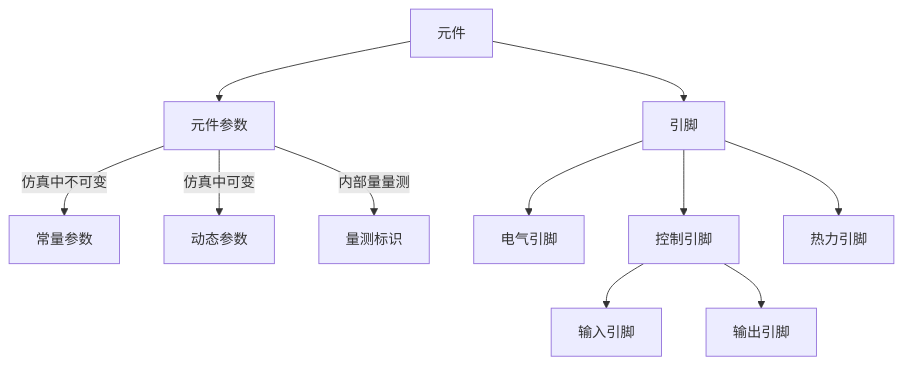
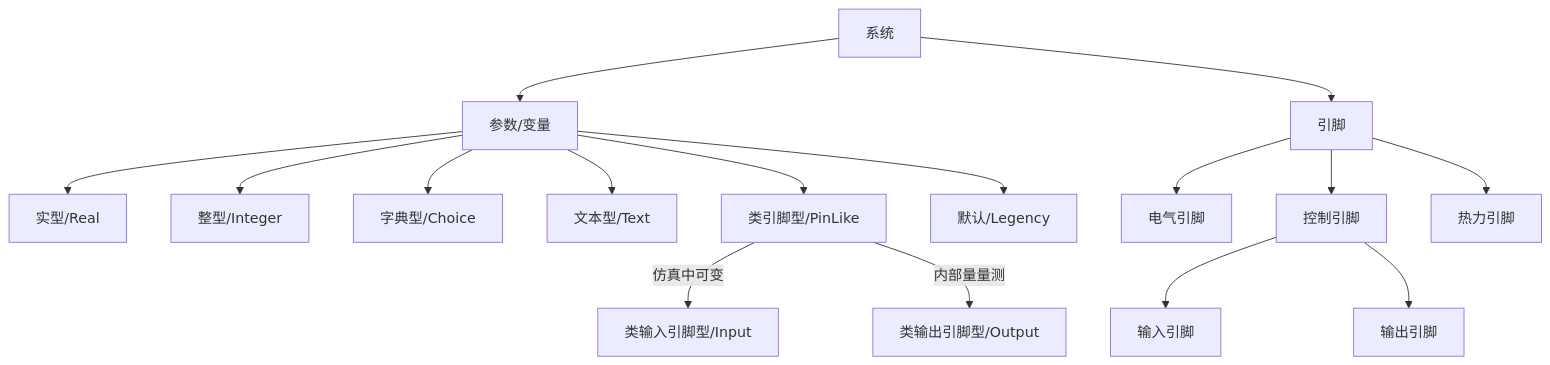
The diagram in source/zh/features/ParameterSystem.md (CloudPSS/docs), drawn with Mermaid before and after one commit. The commit also changed other lines of this file and 123 other files, not shown here.

````diff
--- a/source/zh/features/ParameterSystem.md
+++ b/source/zh/features/ParameterSystem.md
@@ -21,13 +35,18 @@
 ```mermaid
 graph TD
-A[元件] --> B[元件参数]
-A[元件] --> C[引脚]
-B -->|仿真中不可变| D[常量参数]
-B -->|仿真中可变| E[动态参数]
-B -->|内部量量测| F[量测标识]
-C --> G[电气引脚]
-C --> H[控制引脚]
-C --> I[热力引脚]
-H --> J[输入引脚]
-H --> K[输出引脚] 
+A[系统] --> B[参数/变量]
+A --> C[引脚]
+B --> D[实型/Real]
+B --> E[整型/Integer]
+B --> F[字典型/Choice]
+B --> G[文本型/Text]
+B --> H[类引脚型/PinLike]
+B --> P[默认/Legency]
+H --> |仿真中可变| I[类输入引脚型/Input]
+H --> |内部量量测| J[类输出引脚型/Output]
+C --> K[电气引脚]
+C --> L[控制引脚]
+C --> M[热力引脚]
+L --> N[输入引脚]
+L --> O[输出引脚] 
 ```
````
